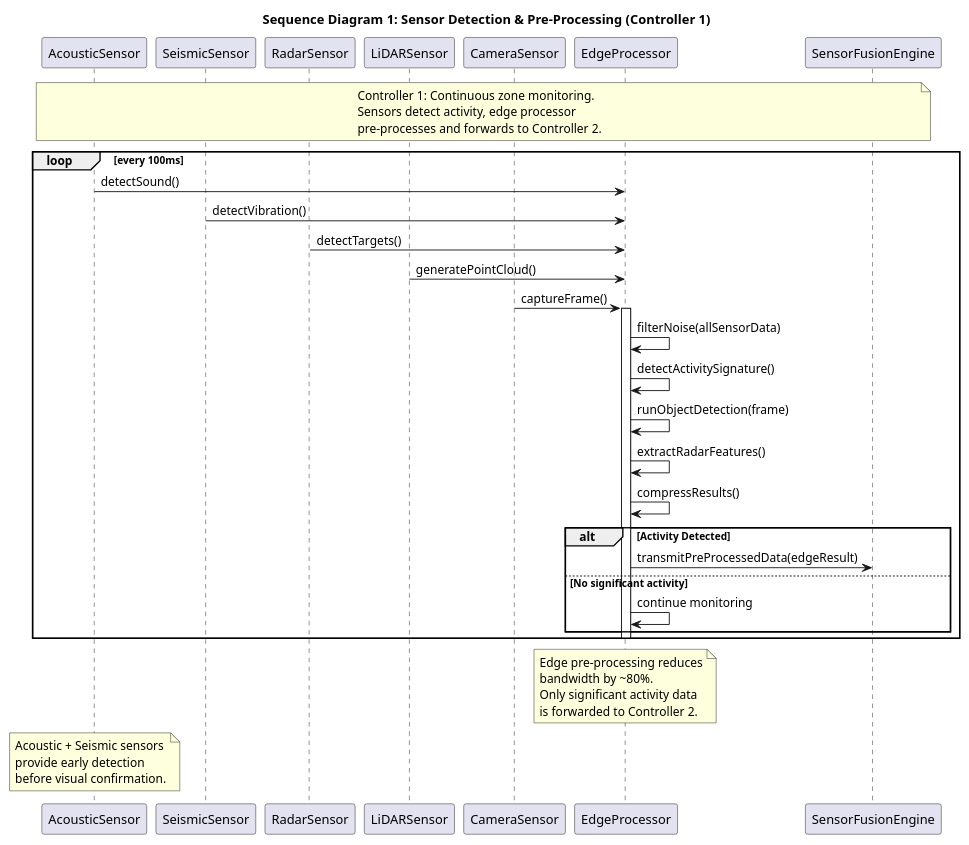
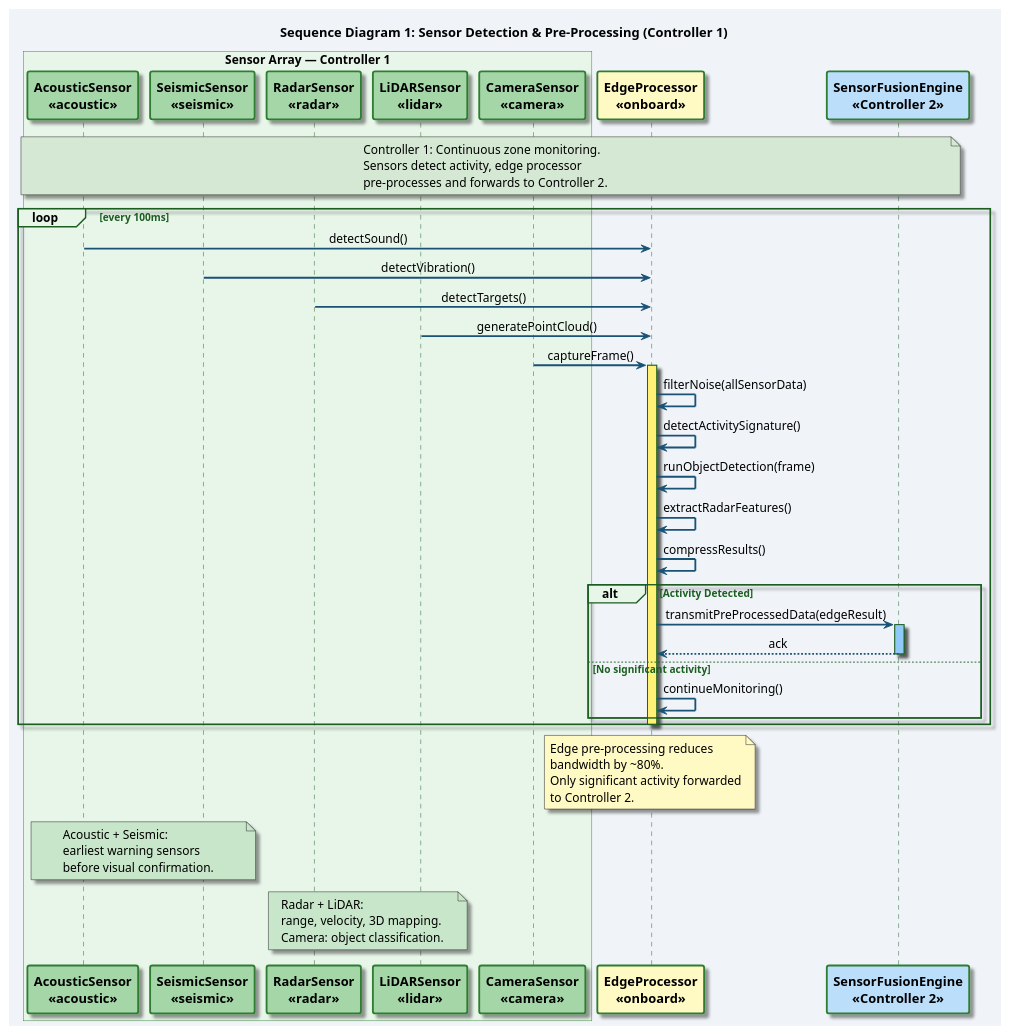
Before and after one commit to ministar016/ACS: the diagram in projektovanje-softvera/diagrams/03_sequence/seq_sensor_detection.puml, drawn with PlantUML. The commit also changed 15 other files, not shown here.

```diff
--- a/projektovanje-softvera/diagrams/03_sequence/seq_sensor_detection.puml
+++ b/projektovanje-softvera/diagrams/03_sequence/seq_sensor_detection.puml
@@ -1,56 +1,93 @@
 @startuml seq_sensor_detection
 title Sequence Diagram 1: Sensor Detection & Pre-Processing (Controller 1)
 
-participant "AcousticSensor" as ACOU
-participant "SeismicSensor" as SEIS
-participant "RadarSensor" as RAD
-participant "LiDARSensor" as LID
-participant "CameraSensor" as CAM
-participant "EdgeProcessor" as EDGE
-participant "SensorFusionEngine" as SFE
+skinparam backgroundColor #F0F4F8
+skinparam shadowing true
+skinparam defaultFontName Helvetica
+skinparam sequenceMessageAlign center
+skinparam responseMessageBelowArrow true
 
-note over ACOU, SFE
+skinparam sequence {
+  ArrowColor #1A5276
+  ArrowThickness 2
+  LifeLineBorderColor #1B5E20
+  LifeLineBackgroundColor #E8F5E9
+  ParticipantBorderColor #2E7D32
+  ParticipantBorderThickness 2
+  ParticipantFontStyle bold
+  DividerBackgroundColor #C8E6C9
+  DividerBorderColor #388E3C
+  GroupBorderColor #1B5E20
+  GroupBackgroundColor #E8F5E9
+  GroupFontColor #1B5E20
+  NoteBackgroundColor #FFFDE7
+  NoteBorderColor #F9A825
+  BoxBackgroundColor #E8F5E9
+  BoxBorderColor #2E7D32
+}
+
+box "Sensor Array — Controller 1" #E8F5E9
+  participant "AcousticSensor\n<<acoustic>>" as ACOU #A5D6A7
+  participant "SeismicSensor\n<<seismic>>" as SEIS #A5D6A7
+  participant "RadarSensor\n<<radar>>" as RAD  #A5D6A7
+  participant "LiDARSensor\n<<lidar>>" as LID  #A5D6A7
+  participant "CameraSensor\n<<camera>>" as CAM  #A5D6A7
+end box
+
+participant "EdgeProcessor\n<<onboard>>" as EDGE #FFF9C4
+participant "SensorFusionEngine\n<<Controller 2>>" as SFE #BBDEFB
+
+note over ACOU, SFE #D5E8D4
   Controller 1: Continuous zone monitoring.
   Sensors detect activity, edge processor
   pre-processes and forwards to Controller 2.
 end note
 
 loop every 100ms
 
   ACOU -> EDGE : detectSound()
   SEIS -> EDGE : detectVibration()
-  RAD -> EDGE : detectTargets()
-  LID -> EDGE : generatePointCloud()
-  CAM -> EDGE : captureFrame()
+  RAD  -> EDGE : detectTargets()
+  LID  -> EDGE : generatePointCloud()
+  CAM  -> EDGE : captureFrame()
 
-  activate EDGE
+  activate EDGE #FFF176
   EDGE -> EDGE : filterNoise(allSensorData)
   EDGE -> EDGE : detectActivitySignature()
   EDGE -> EDGE : runObjectDetection(frame)
   EDGE -> EDGE : extractRadarFeatures()
   EDGE -> EDGE : compressResults()
 
   alt Activity Detected
     EDGE -> SFE : transmitPreProcessedData(edgeResult)
+    activate SFE #90CAF9
+    SFE --> EDGE : ack
+    deactivate SFE
   else No significant activity
-    EDGE -> EDGE : continue monitoring
+    EDGE -> EDGE : continueMonitoring()
   end
 
   deactivate EDGE
 
 end
 
-note over EDGE
+note over EDGE #FFF9C4
   Edge pre-processing reduces
   bandwidth by ~80%.
-  Only significant activity data
-  is forwarded to Controller 2.
+  Only significant activity forwarded
+  to Controller 2.
 end note
 
-note over ACOU
-  Acoustic + Seismic sensors
-  provide early detection
+note over ACOU, SEIS #C8E6C9
+  Acoustic + Seismic:
+  earliest warning sensors
   before visual confirmation.
 end note
 
+note over RAD, LID #C8E6C9
+  Radar + LiDAR:
+  range, velocity, 3D mapping.
+  Camera: object classification.
+end note
+
 @enduml
```
